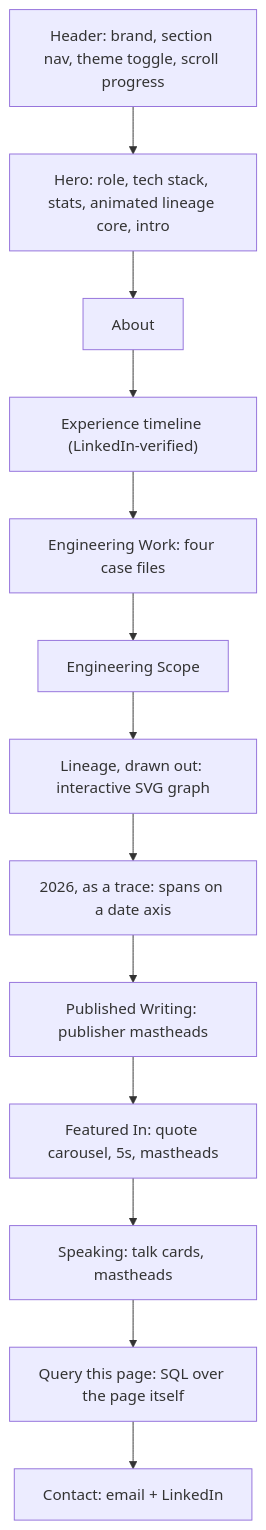
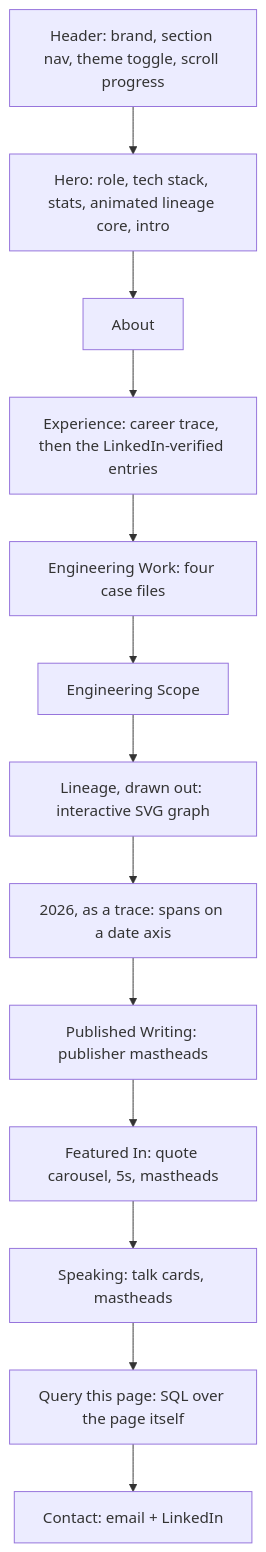
The second of 3 diagrams in README.md (vishuvardhan16/stackhidden.com), drawn with Mermaid before and after one commit. The commit also changed other lines of this file and 3 other files, not shown here.

````diff
--- a/README.md
+++ b/README.md
@@ -83,16 +86,16 @@
 ```mermaid
 flowchart TD
     H["Header: brand, section nav, theme toggle, scroll progress"]
     H --> Hero["Hero: role, tech stack, stats, animated lineage core, intro"]
     Hero --> About
-    About --> Experience["Experience timeline (LinkedIn-verified)"]
+    About --> Experience["Experience: career trace, then the LinkedIn-verified entries"]
     Experience --> Work["Engineering Work: four case files"]
     Work --> Scope["Engineering Scope"]
     Scope --> Lineage["Lineage, drawn out: interactive SVG graph"]
     Lineage --> Trace["2026, as a trace: spans on a date axis"]
     Trace --> Writing["Published Writing: publisher mastheads"]
     Writing --> Featured["Featured In: quote carousel, 5s, mastheads"]
     Featured --> Speaking["Speaking: talk cards, mastheads"]
     Speaking --> Query["Query this page: SQL over the page itself"]
     Query --> Contact["Contact: email + LinkedIn"]
 ```
````
